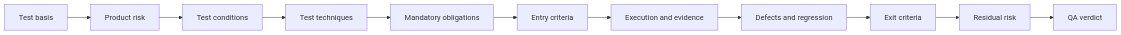
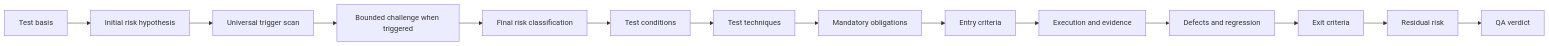
Before and after one commit to Jin-Doh/traceknot: the third of 3 diagrams in README.md, drawn with Mermaid. The commit also changed other lines of this file and 1 other file, not shown here.

Commit message:
docs: document bounded adversarial discovery

````diff
--- a/README.md
+++ b/README.md
@@ -189,13 +204,16 @@
 ```mermaid
 flowchart LR
-    A[Test basis] --> B[Product risk]
-    B --> C[Test conditions]
-    C --> D[Test techniques]
-    D --> E[Mandatory obligations]
-    E --> F[Entry criteria]
-    F --> G[Execution and evidence]
-    G --> H[Defects and regression]
-    H --> I[Exit criteria]
-    I --> J[Residual risk]
-    J --> K[QA verdict]
+    A[Test basis] --> B[Initial risk hypothesis]
+    B --> C[Universal trigger scan]
+    C --> D[Bounded challenge when triggered]
+    D --> E[Final risk classification]
+    E --> F[Test conditions]
+    F --> G[Test techniques]
+    G --> H[Mandatory obligations]
+    H --> I[Entry criteria]
+    I --> J[Execution and evidence]
+    J --> K[Defects and regression]
+    K --> L[Exit criteria]
+    L --> M[Residual risk]
+    M --> N[QA verdict]
 ```
````
